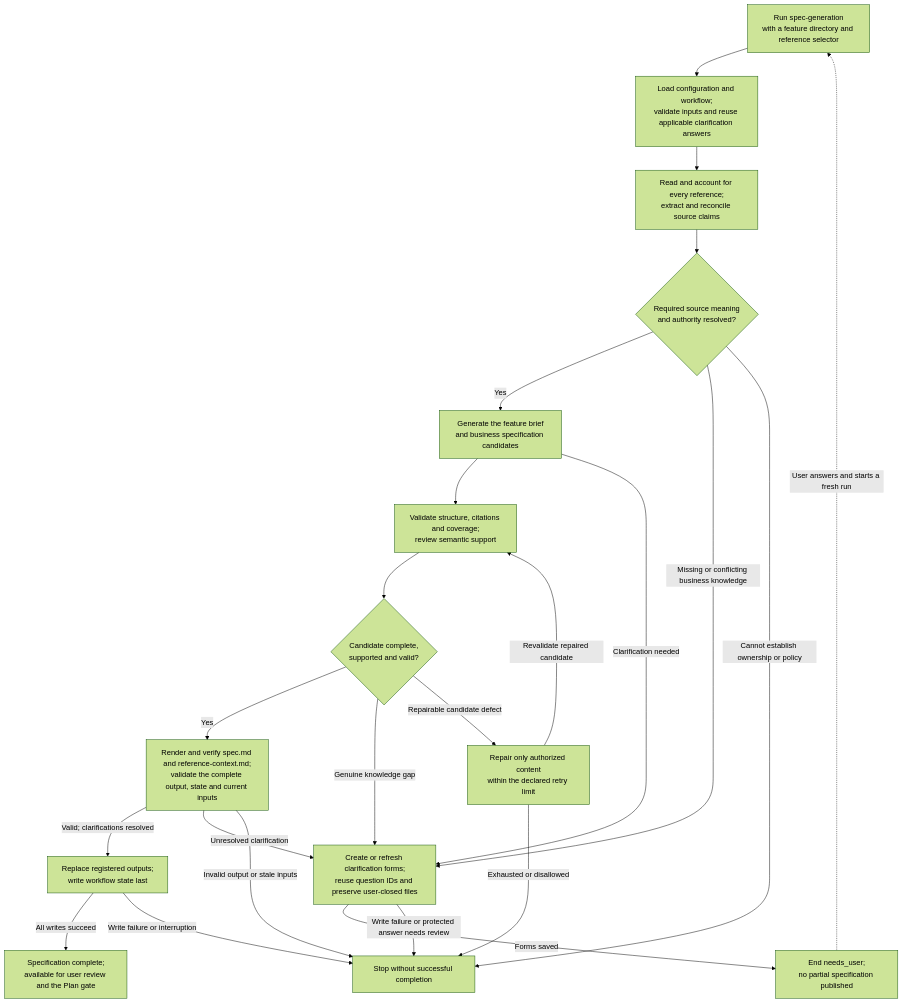
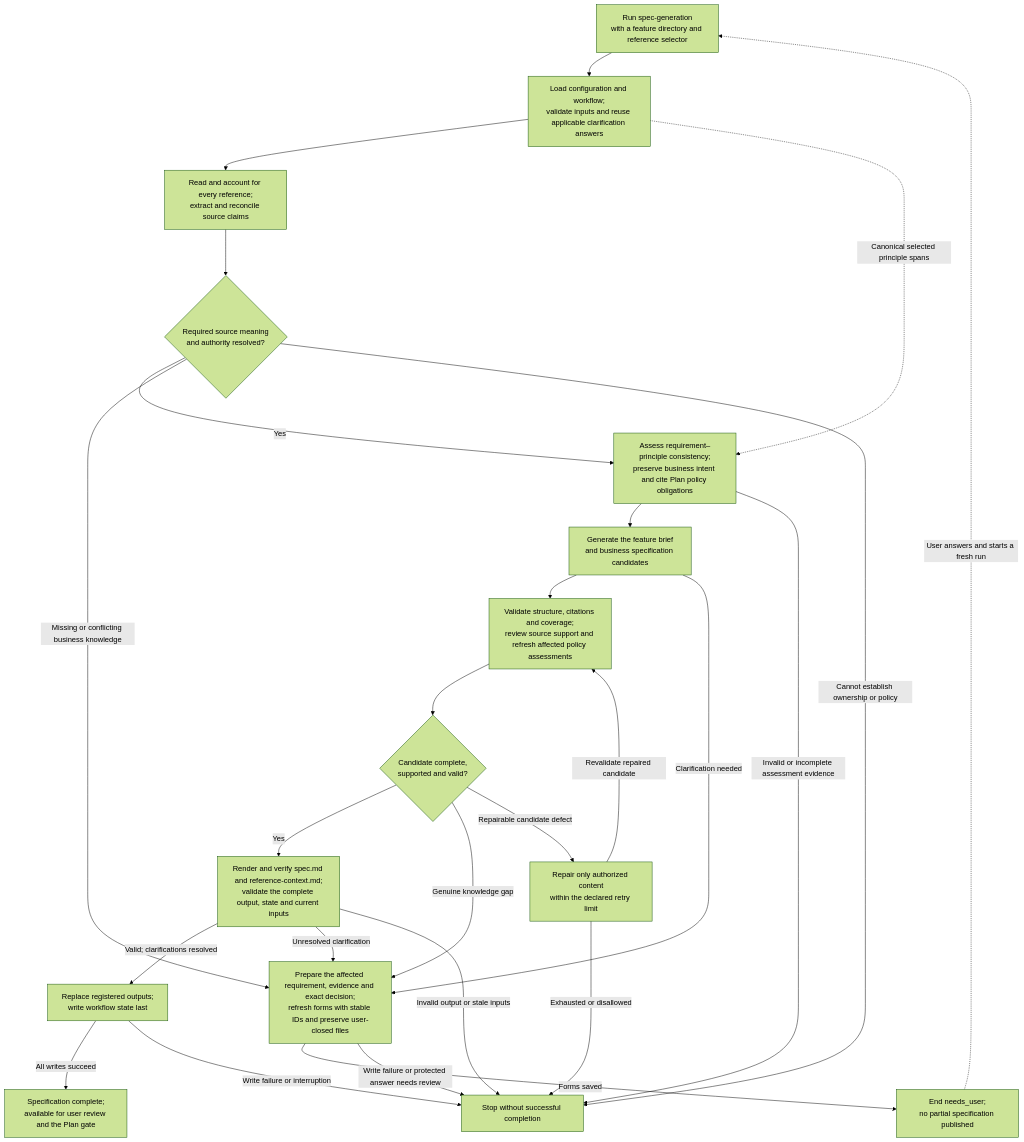
One commit to littledespot/sdde changed the diagram in design/diagrams/18-spec-workflow-overview.md. Above: the diagram before and after it, drawn with Mermaid (forest theme). The commit also changed other lines of this file and 20 other files, not shown here.

````diff
--- a/design/diagrams/18-spec-workflow-overview.md
+++ b/design/diagrams/18-spec-workflow-overview.md
@@ -6,29 +8,32 @@
 ```mermaid
 flowchart TD
     START["Run spec-generation<br/>with a feature directory and reference selector"]
     START --> PREPARE["Load configuration and workflow;<br/>validate inputs and reuse applicable clarification answers"]
     PREPARE --> REFERENCES["Read and account for every reference;<br/>extract and reconcile source claims"]
     REFERENCES --> AUTHORITY{"Required source meaning<br/>and authority resolved?"}
-    AUTHORITY -->|Yes| GENERATE["Generate the feature brief<br/>and business specification candidates"]
-    GENERATE --> REVIEW["Validate structure, citations and coverage;<br/>review semantic support"]
+    AUTHORITY -->|Yes| POLICY["Assess requirement–principle consistency;<br/>preserve business intent and cite Plan policy obligations"]
+    PREPARE -. Canonical selected principle spans .-> POLICY
+    POLICY --> GENERATE["Generate the feature brief<br/>and business specification candidates"]
+    GENERATE --> REVIEW["Validate structure, citations and coverage;<br/>review source support and refresh affected policy assessments"]
     REVIEW --> RESULT{"Candidate complete,<br/>supported and valid?"}
     RESULT -->|Yes| OUTPUT["Render and verify spec.md and reference-context.md;<br/>validate the complete output, state and current inputs"]
     OUTPUT -->|Valid; clarifications resolved| PUBLISH["Replace registered outputs;<br/>write workflow state last"]
     PUBLISH -->|All writes succeed| DONE["Specification complete;<br/>available for user review and the Plan gate"]
 
     AUTHORITY -->|Missing or conflicting business knowledge| CLARIFY
     GENERATE -->|Clarification needed| CLARIFY
     RESULT -->|Genuine knowledge gap| CLARIFY
     OUTPUT -->|Unresolved clarification| CLARIFY
-    CLARIFY["Create or refresh clarification forms;<br/>reuse question IDs and preserve user-closed files"]
+    CLARIFY["Prepare the affected requirement, evidence and exact decision;<br/>refresh forms with stable IDs and preserve user-closed files"]
     CLARIFY -->|Forms saved| NEEDSUSER["End needs_user;<br/>no partial specification published"]
     NEEDSUSER -. User answers and starts a fresh run .-> START
 
     RESULT -->|Repairable candidate defect| REPAIR["Repair only authorized content<br/>within the declared retry limit"]
     REPAIR -->|Revalidate repaired candidate| REVIEW
     REPAIR -->|Exhausted or disallowed| STOP["Stop without successful completion"]
     AUTHORITY -->|Cannot establish ownership or policy| STOP
+    POLICY -->|Invalid or incomplete assessment evidence| STOP
     OUTPUT -->|Invalid output or stale inputs| STOP
     CLARIFY -->|Write failure or protected answer needs review| STOP
     PUBLISH -->|Write failure or interruption| STOP
 ```
````
